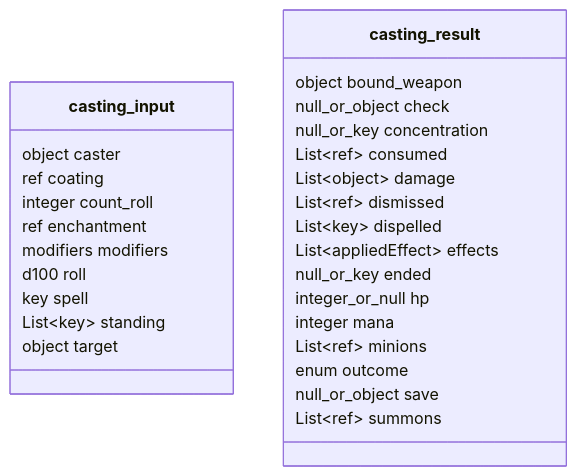
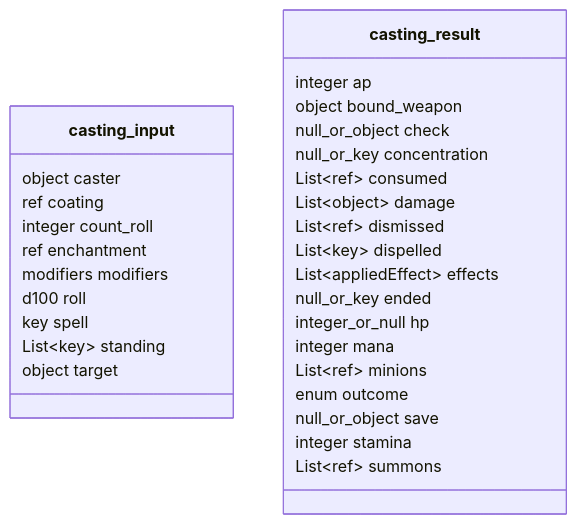
The sixth of 29 diagrams in docs/backend/contract-diagram.md (SETA1609/riftweave-core), drawn with Mermaid before and after one commit. The commit also changed other lines of this file and 96 other files, not shown here.

````diff
--- a/docs/backend/contract-diagram.md
+++ b/docs/backend/contract-diagram.md
@@ -222,31 +239,33 @@
 ```mermaid
 classDiagram
     class casting_input {
         object caster
         ref coating
         integer count_roll
         ref enchantment
         modifiers modifiers
         d100 roll
         key spell
         List~key~ standing
         object target
     }
     class casting_result {
+        integer ap
         object bound_weapon
         null_or_object check
         null_or_key concentration
         List~ref~ consumed
         List~object~ damage
         List~ref~ dismissed
         List~key~ dispelled
         List~appliedEffect~ effects
         null_or_key ended
         integer_or_null hp
         integer mana
         List~ref~ minions
         enum outcome
         null_or_object save
+        integer stamina
         List~ref~ summons
     }
 ```
````
